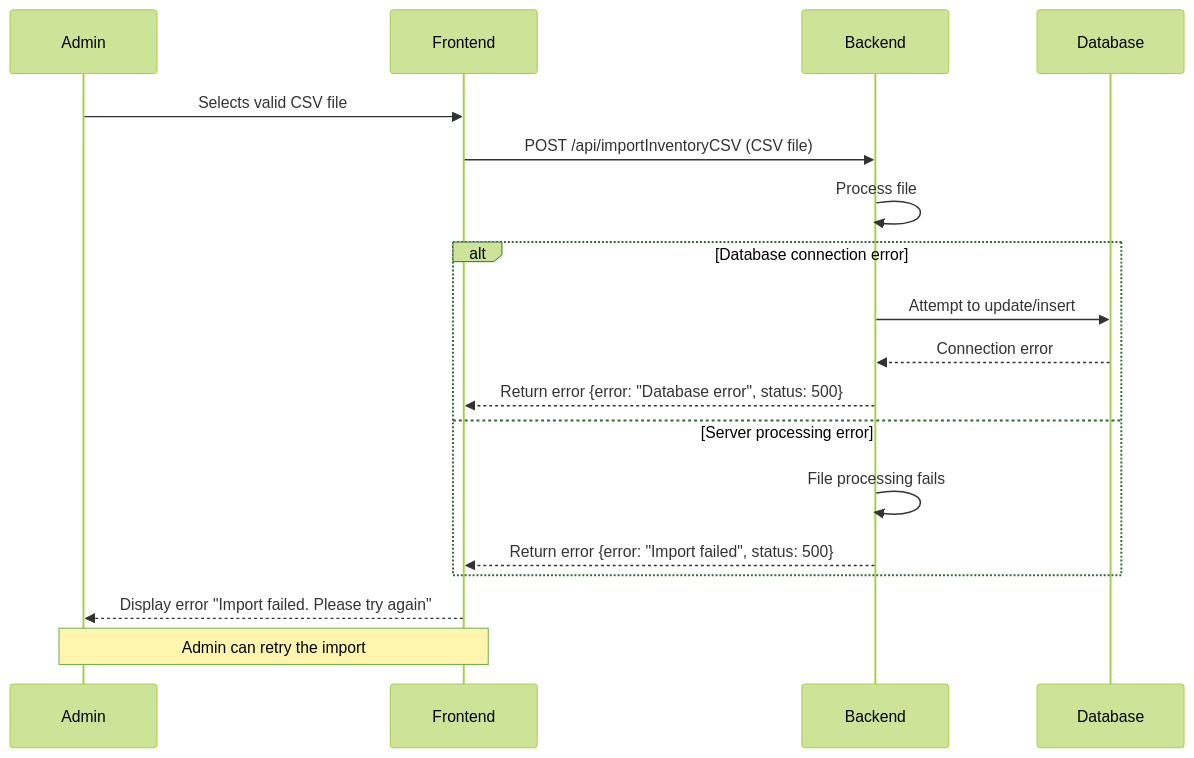
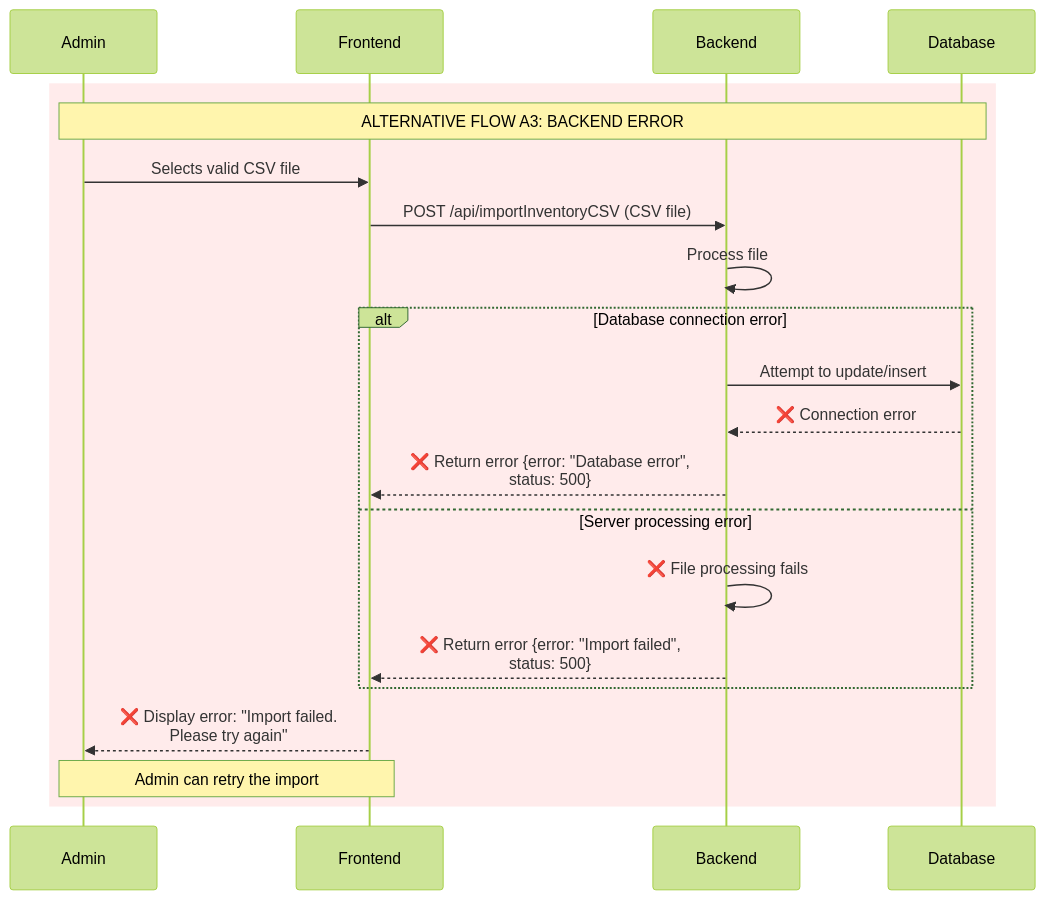
The fourth of 9 diagrams in UML_Sequence_Diagram_Inventory_CSV.md (phuongloannn/bicycle-web-FE), drawn with Mermaid (forest theme) before and after one commit. The commit also changed other lines of this file, not shown here.

````diff
--- a/UML_Sequence_Diagram_Inventory_CSV.md
+++ b/UML_Sequence_Diagram_Inventory_CSV.md
@@ -128,24 +142,28 @@
 ```mermaid
 sequenceDiagram
-    participant Admin
-    participant Frontend
-    participant Backend
-    participant Database
+    participant Admin as Admin
+    participant Frontend as Frontend
+    participant Backend as Backend
+    participant Database as Database
 
-    Admin->>Frontend: Selects valid CSV file
-    Frontend->>Backend: POST /api/importInventoryCSV (CSV file)
-    Backend->>Backend: Process file
-    
-    alt Database connection error
-        Backend->>Database: Attempt to update/insert
-        Database-->>Backend: Connection error
-        Backend-->>Frontend: Return error {error: "Database error", status: 500}
-    else Server processing error
-        Backend->>Backend: File processing fails
-        Backend-->>Frontend: Return error {error: "Import failed", status: 500}
+    rect rgb(255, 235, 235)
+        Note over Admin,Database: ALTERNATIVE FLOW A3: BACKEND ERROR
+        
+        Admin->>Frontend: Selects valid CSV file
+        Frontend->>Backend: POST /api/importInventoryCSV (CSV file)
+        Backend->>Backend: Process file
+        
+        alt Database connection error
+            Backend->>Database: Attempt to update/insert
+            Database-->>Backend: ❌ Connection error
+            Backend-->>Frontend: ❌ Return error {error: "Database error",<br/>status: 500}
+        else Server processing error
+            Backend->>Backend: ❌ File processing fails
+            Backend-->>Frontend: ❌ Return error {error: "Import failed",<br/>status: 500}
+        end
+        
+        Frontend-->>Admin: ❌ Display error: "Import failed.<br/>Please try again"
+        
+        Note over Admin,Frontend: Admin can retry the import
     end
-    
-    Frontend-->>Admin: Display error "Import failed. Please try again"
-    
-    Note over Admin,Frontend: Admin can retry the import
 ```
````
